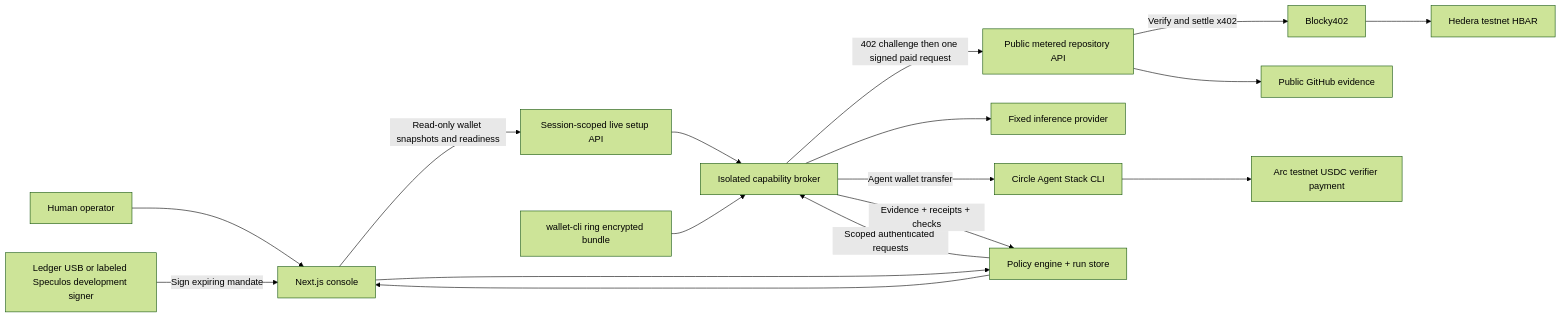
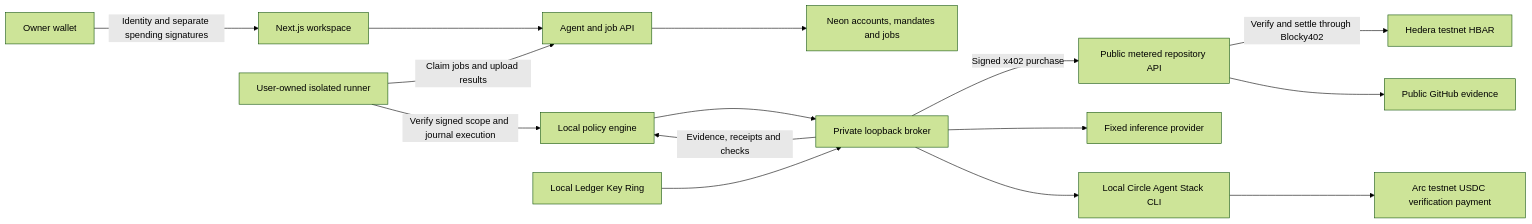
The diagram in README.md (saiisback/obolos), drawn with Mermaid (forest theme) before and after one commit. The commit also changed other lines of this file and 3 other files, not shown here.

````diff
--- a/README.md
+++ b/README.md
@@ -53,19 +55,17 @@
 ```mermaid
 flowchart LR
-  Human[Human operator] --> UI[Next.js console]
-  Ledger[Ledger USB or labeled Speculos development signer] -->|Sign expiring mandate| UI
-  UI -->|Read-only wallet snapshots and readiness| Readiness[Session-scoped live setup API]
-  Readiness --> Broker
-  UI --> Policy[Policy engine + run store]
-  Policy -->|Scoped authenticated requests| Broker[Isolated capability broker]
-  Ring[wallet-cli ring encrypted bundle] --> Broker
-  Broker -->|402 challenge then one signed paid request| Data[Public metered repository API]
-  Data -->|Verify and settle x402| Blocky[Blocky402]
-  Blocky --> Hedera[Hedera testnet HBAR]
+  Owner[Owner wallet] -->|Identity and separate spending signatures| UI[Next.js workspace]
+  UI --> Platform[Agent and job API]
+  Platform --> Neon[Neon accounts, mandates and jobs]
+  Runner[User-owned isolated runner] -->|Claim jobs and upload results| Platform
+  Runner -->|Verify signed scope and journal execution| Engine[Local policy engine]
+  Engine --> Broker[Private loopback broker]
+  Ring[Local Ledger Key Ring] --> Broker
+  Broker -->|Signed x402 purchase| Data[Public metered repository API]
+  Data -->|Verify and settle through Blocky402| Hedera[Hedera testnet HBAR]
   Data --> GitHub[Public GitHub evidence]
   Broker --> Model[Fixed inference provider]
-  Broker -->|Agent wallet transfer| Circle[Circle Agent Stack CLI]
-  Circle --> Arc[Arc testnet USDC verifier payment]
-  Broker -->|Evidence + receipts + checks| Policy
-  Policy --> UI
+  Broker --> Circle[Local Circle Agent Stack CLI]
+  Circle --> Arc[Arc testnet USDC verification payment]
+  Broker -->|Evidence, receipts and checks| Engine
 ```
````
